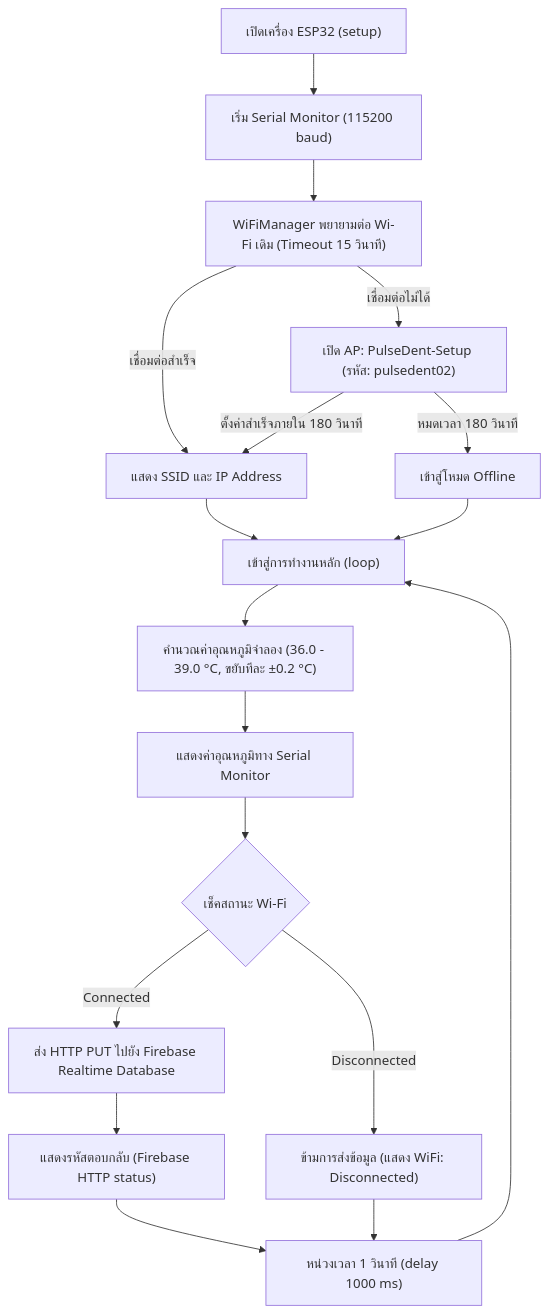
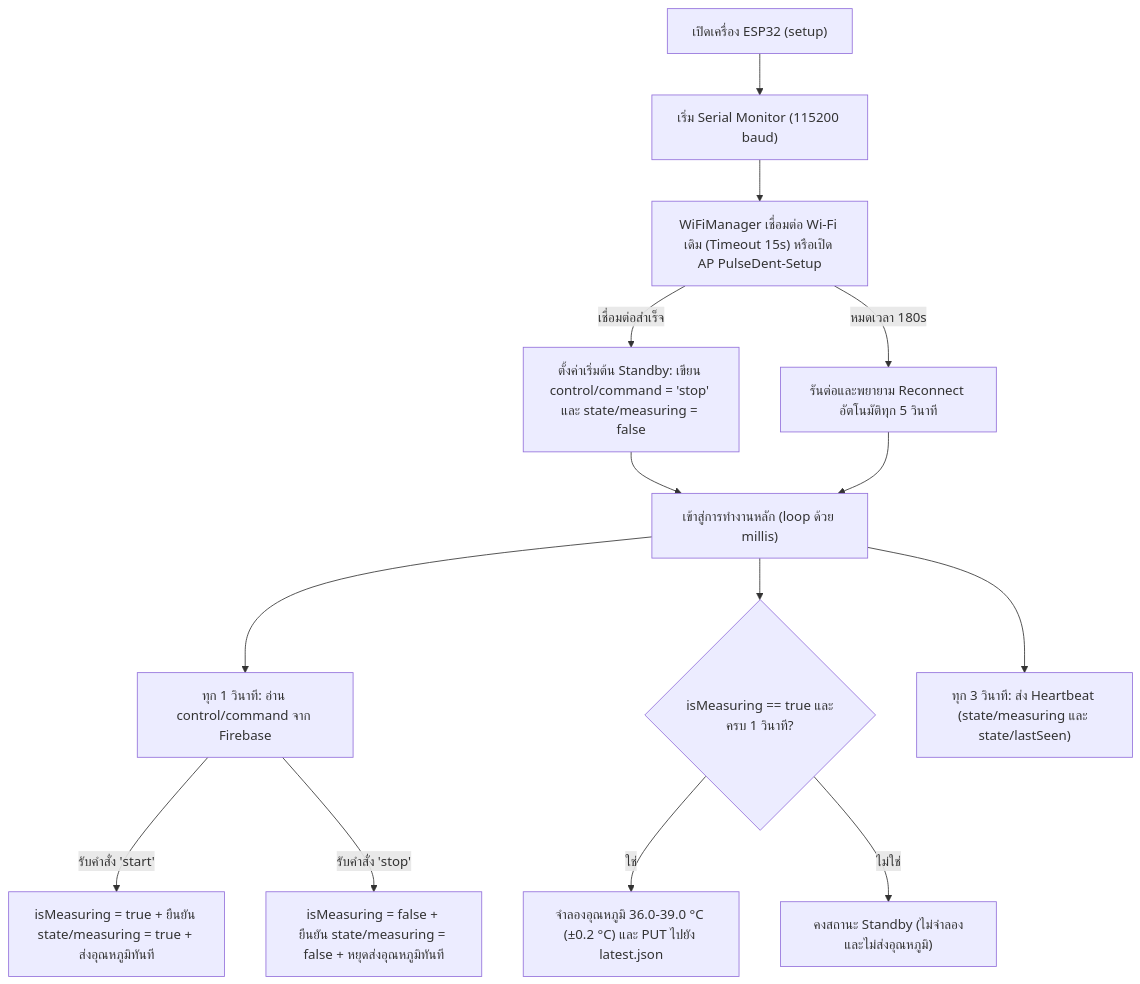
The diagram in esp32/ESP32_OPERATION_SUMMARY.md (Chehlah/pulse_dent_platform), drawn with Mermaid before and after one commit. The commit also changed other lines of this file and 6 other files, not shown here.

Commit message:
feat: add two-way Start/Stop toggle via Web App and ESP32 GPIO 18 button

````diff
--- a/esp32/ESP32_OPERATION_SUMMARY.md
+++ b/esp32/ESP32_OPERATION_SUMMARY.md
@@ -15,20 +49,16 @@
 ```mermaid
 flowchart TD
     A["เปิดเครื่อง ESP32 (setup)"] --> B["เริ่ม Serial Monitor (115200 baud)"]
-    B --> C["WiFiManager พยายามต่อ Wi-Fi เดิม (Timeout 15 วินาที)"]
-    C -->|เชื่อมต่อสำเร็จ| D["แสดง SSID และ IP Address"]
-    C -->|เชื่อมต่อไม่ได้| E["เปิด AP: PulseDent-Setup (รหัส: pulsedent02)"]
-    E -->|ตั้งค่าสำเร็จภายใน 180 วินาที| D
-    E -->|หมดเวลา 180 วินาที| F["เข้าสู่โหมด Offline"]
-    D --> G["เข้าสู่การทำงานหลัก (loop)"]
-    F --> G
-    G --> H["คำนวณค่าอุณหภูมิจำลอง (36.0 - 39.0 °C, ขยับทีละ ±0.2 °C)"]
-    H --> I["แสดงค่าอุณหภูมิทาง Serial Monitor"]
-    I --> J{"เช็คสถานะ Wi-Fi"}
-    J -->|Connected| K["ส่ง HTTP PUT ไปยัง Firebase Realtime Database"]
-    J -->|Disconnected| L["ข้ามการส่งข้อมูล (แสดง WiFi: Disconnected)"]
-    K --> M["แสดงรหัสตอบกลับ (Firebase HTTP status)"]
-    M --> N["หน่วงเวลา 1 วินาที (delay 1000 ms)"]
-    L --> N
-    N --> G
+    B --> C["WiFiManager เชื่อมต่อ Wi-Fi เดิม (Timeout 15s) หรือเปิด AP PulseDent-Setup"]
+    C -->|เชื่อมต่อสำเร็จ| D["ตั้งค่าเริ่มต้น Standby: เขียน control/command = 'stop' และ state/measuring = false"]
+    C -->|หมดเวลา 180s| E["รันต่อและพยายาม Reconnect อัตโนมัติทุก 5 วินาที"]
+    D --> F["เข้าสู่การทำงานหลัก (loop ด้วย millis)"]
+    E --> F
+    F --> G["ทุก 1 วินาที: อ่าน control/command จาก Firebase"]
+    G -->|รับคำสั่ง 'start'| H["isMeasuring = true + ยืนยัน state/measuring = true + ส่งอุณหภูมิทันที"]
+    G -->|รับคำสั่ง 'stop'| I["isMeasuring = false + ยืนยัน state/measuring = false + หยุดส่งอุณหภูมิทันที"]
+    F --> J{"isMeasuring == true และครบ 1 วินาที?"}
+    J -->|ใช่| K["จำลองอุณหภูมิ 36.0-39.0 °C (±0.2 °C) และ PUT ไปยัง latest.json"]
+    J -->|ไม่ใช่| L["คงสถานะ Standby (ไม่จำลองและไม่ส่งอุณหภูมิ)"]
+    F --> M["ทุก 3 วินาที: ส่ง Heartbeat (state/measuring และ state/lastSeen)"]
 ```
````
